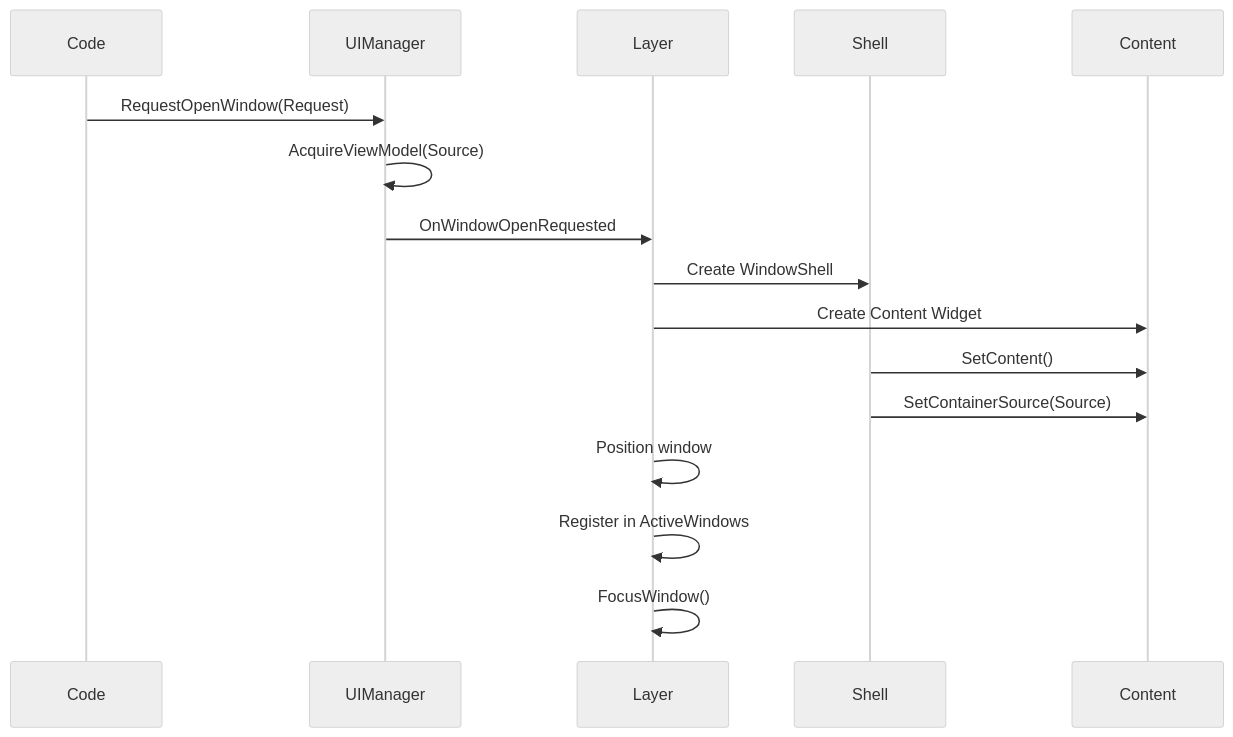
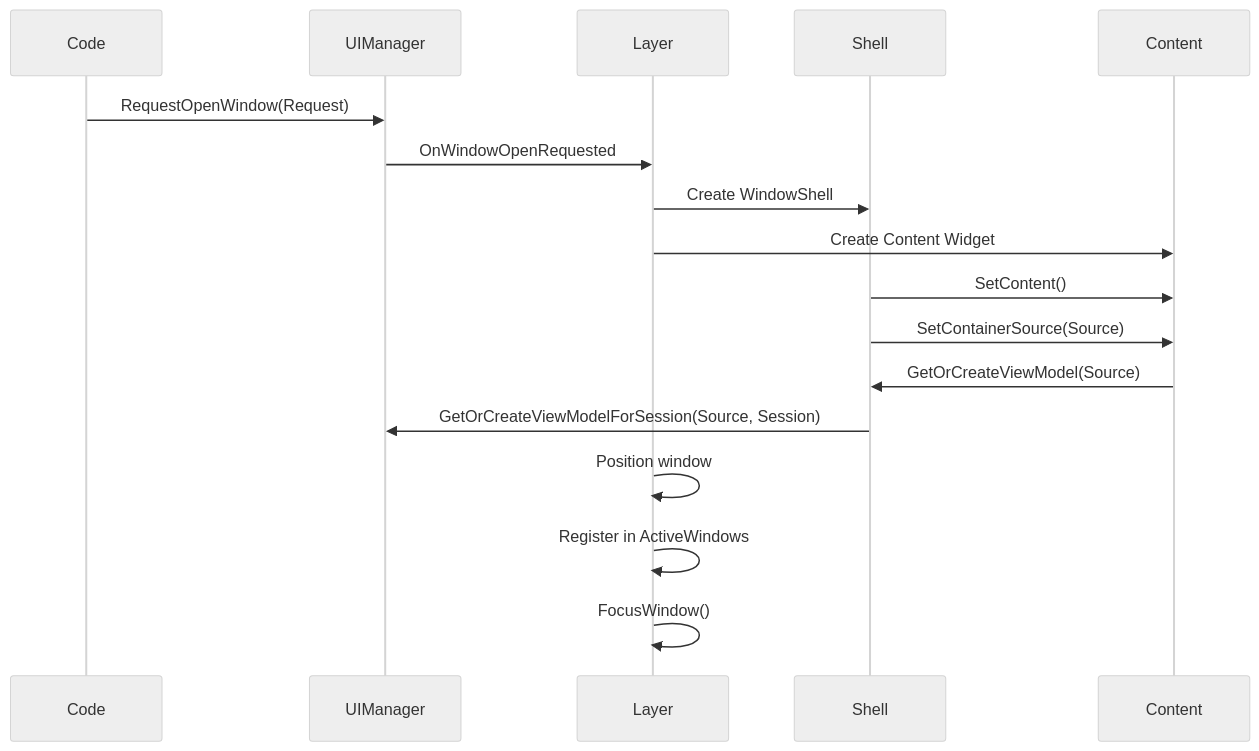
Before and after one commit to outliyr/outliyr-docs: the first of 4 diagrams in outliyr-framework/docs/base-lyra-modified/ui/item-container-ui-system/the-windowing-system/window-lifecycle.md, drawn with Mermaid (neutral theme). The commit also changed other lines of this file and 228 other files, not shown here.

````diff
--- a/outliyr-framework/docs/base-lyra-modified/ui/item-container-ui-system/the-windowing-system/window-lifecycle.md
+++ b/outliyr-framework/docs/base-lyra-modified/ui/item-container-ui-system/the-windowing-system/window-lifecycle.md
@@ -61,19 +61,20 @@
 ```mermaid
 sequenceDiagram
     participant Code
     participant UIManager
     participant Layer
     participant Shell
     participant Content
 
     Code->>UIManager: RequestOpenWindow(Request)
-    UIManager->>UIManager: AcquireViewModel(Source)
     UIManager->>Layer: OnWindowOpenRequested
     Layer->>Shell: Create WindowShell
     Layer->>Content: Create Content Widget
     Shell->>Content: SetContent()
     Shell->>Content: SetContainerSource(Source)
+    Content->>Shell: GetOrCreateViewModel(Source)
+    Shell->>UIManager: GetOrCreateViewModelForSession(Source, Session)
     Layer->>Layer: Position window
     Layer->>Layer: Register in ActiveWindows
     Layer->>Layer: FocusWindow()
 ```
````
